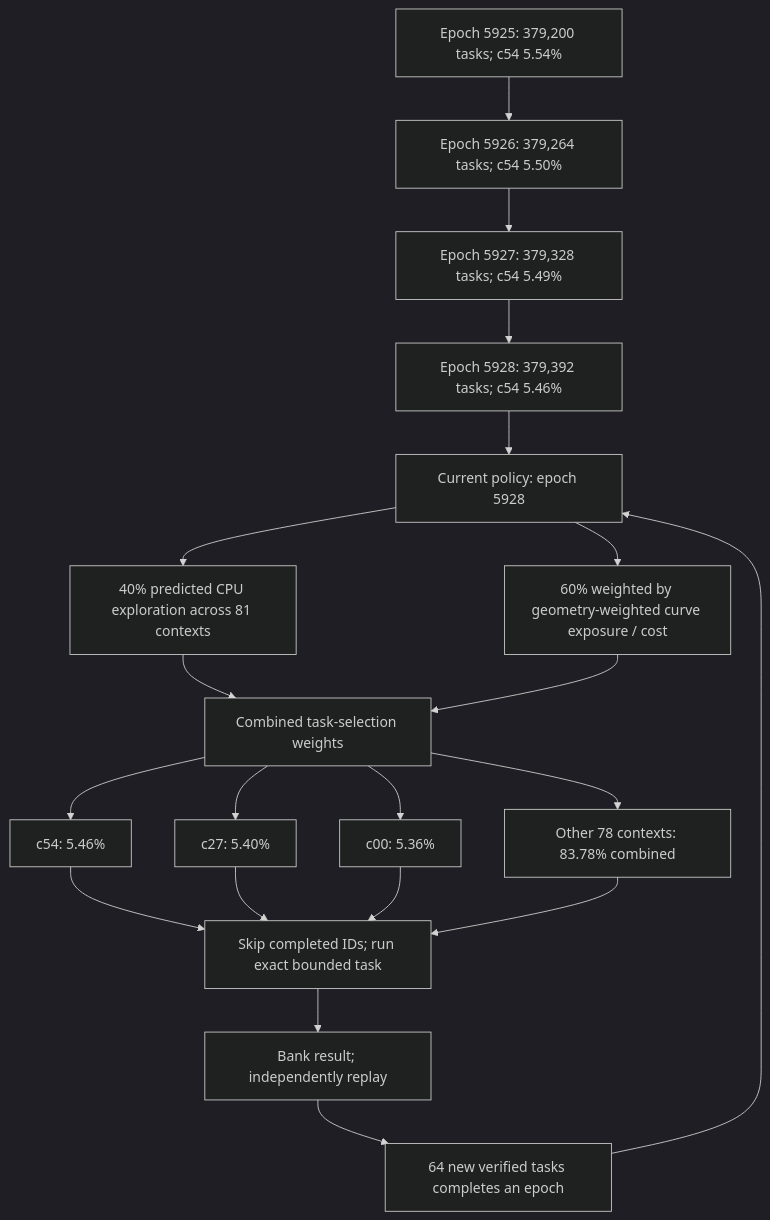
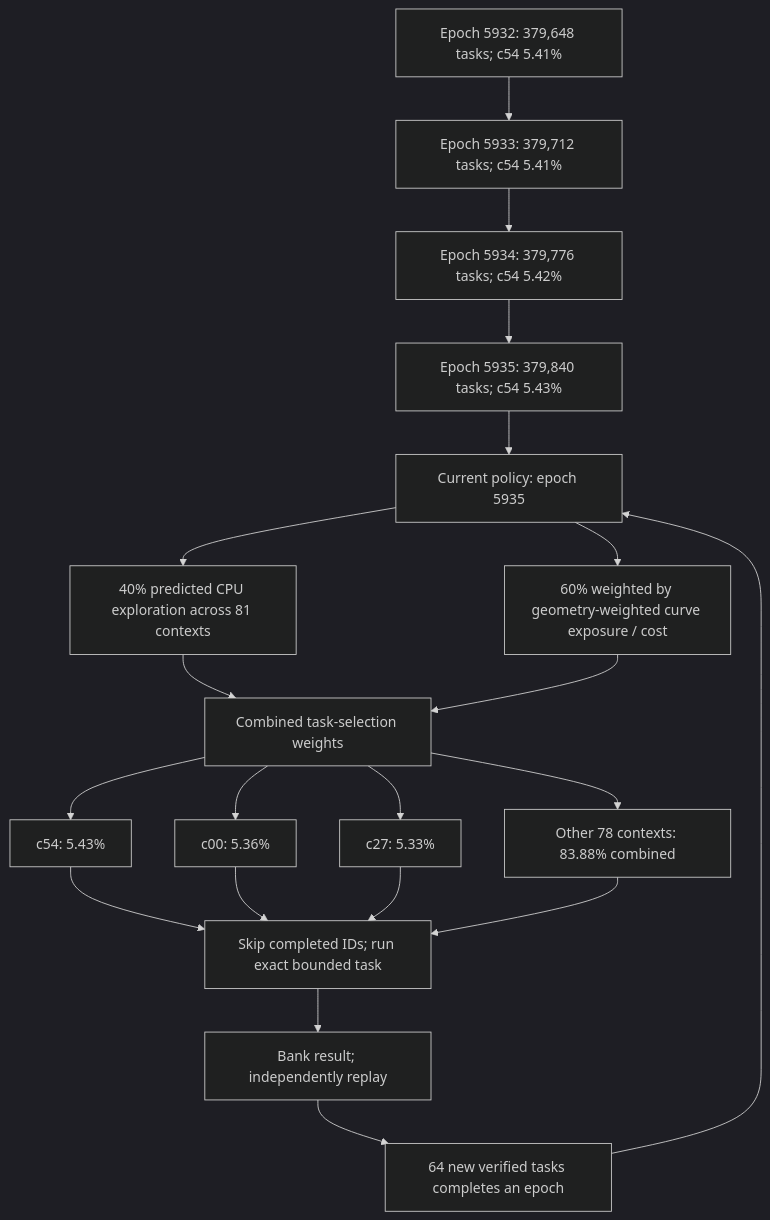
The first of 3 diagrams in README.md (Kuberwastaken/math-gambling), drawn with Mermaid (dark theme) before and after one commit. The commit also changed other lines of this file and 1427 other files, not shown here.

````diff
--- a/README.md
+++ b/README.md
@@ -60,27 +60,27 @@
 ```mermaid
 flowchart TD
-    H0["Epoch 5925: 379,200 tasks; c54 5.54%"]
-    H1["Epoch 5926: 379,264 tasks; c54 5.50%"]
+    H0["Epoch 5932: 379,648 tasks; c54 5.41%"]
+    H1["Epoch 5933: 379,712 tasks; c54 5.41%"]
     H0 --> H1
-    H2["Epoch 5927: 379,328 tasks; c54 5.49%"]
+    H2["Epoch 5934: 379,776 tasks; c54 5.42%"]
     H1 --> H2
-    H3["Epoch 5928: 379,392 tasks; c54 5.46%"]
+    H3["Epoch 5935: 379,840 tasks; c54 5.43%"]
     H2 --> H3
-    Policy["Current policy: epoch 5928"]
+    Policy["Current policy: epoch 5935"]
     H3 --> Policy
     Policy --> Explore["40% predicted CPU exploration across 81 contexts"]
     Policy --> Cost["60% weighted by geometry-weighted curve exposure / cost"]
     Explore --> Mix["Combined task-selection weights"]
     Cost --> Mix
-    Mix --> C0["c54: 5.46%"]
-    Mix --> C1["c27: 5.40%"]
-    Mix --> C2["c00: 5.36%"]
-    Mix --> Rest["Other 78 contexts: 83.78% combined"]
+    Mix --> C0["c54: 5.43%"]
+    Mix --> C1["c00: 5.36%"]
+    Mix --> C2["c27: 5.33%"]
+    Mix --> Rest["Other 78 contexts: 83.88% combined"]
     C0 --> Check["Skip completed IDs; run exact bounded task"]
     C1 --> Check
     C2 --> Check
     Rest --> Check
     Check --> Replay["Bank result; independently replay"]
     Replay --> Gate["64 new verified tasks completes an epoch"]
     Gate --> Policy
 ```
````
